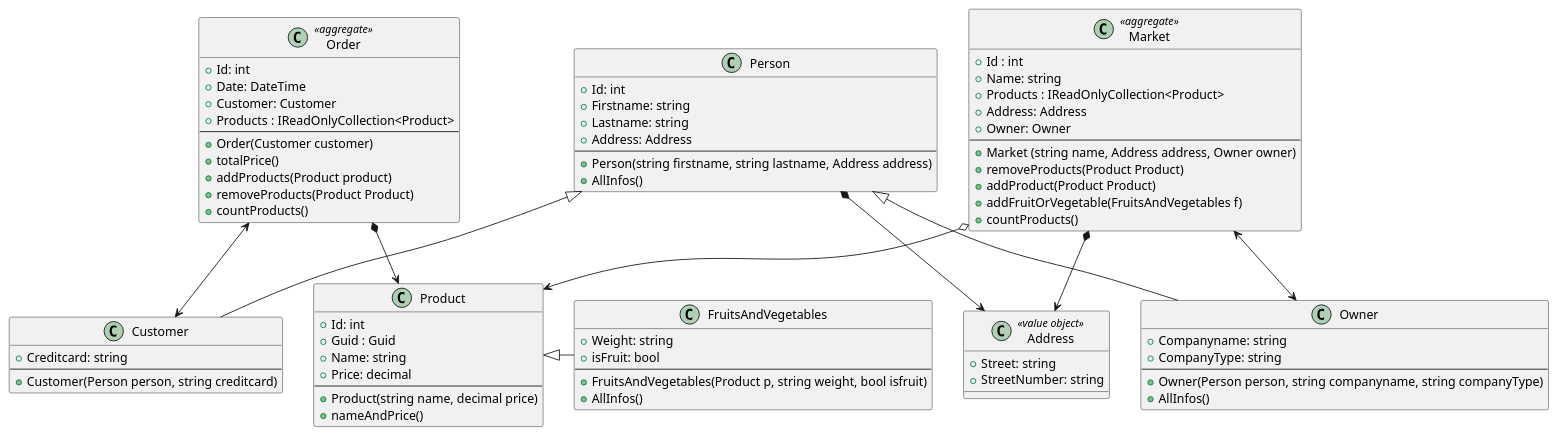
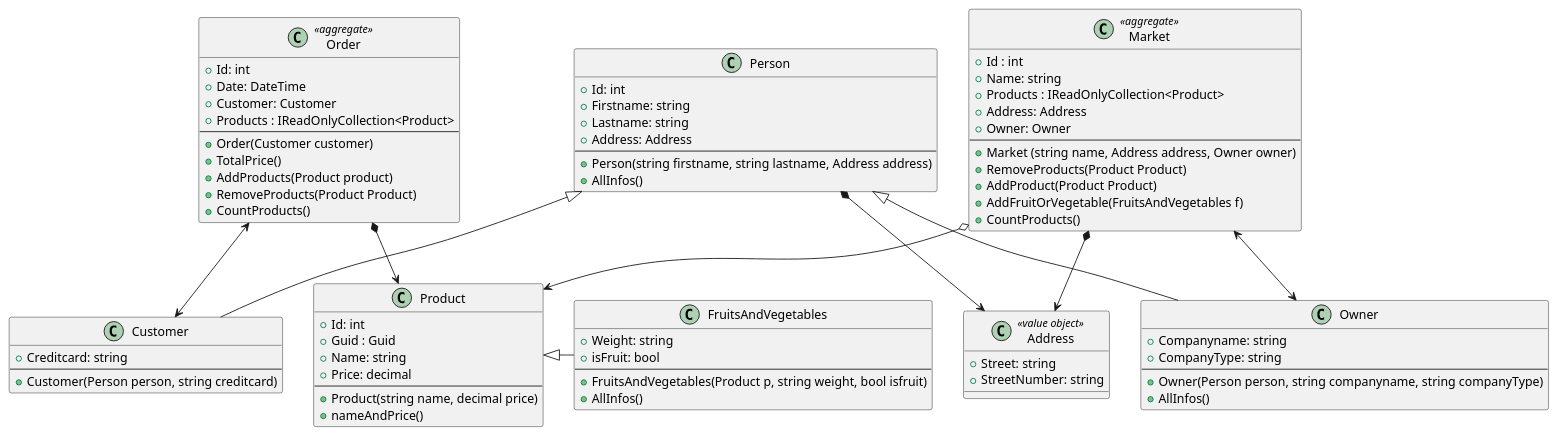
The diagram in Fruitmarket.puml (Nik22370/Fruitmarket), drawn with PlantUML before and after one commit. The commit also changed 23 other files, not shown here.

```diff
--- a/Fruitmarket.puml
+++ b/Fruitmarket.puml
@@ -1,84 +1,84 @@
 @startuml
 class Market <<aggregate>>
 {
 + Id : int 
 + Name: string
 + Products : IReadOnlyCollection<Product>
 + Address: Address
 + Owner: Owner
 ---
 + Market (string name, Address address, Owner owner)
-+ removeProducts(Product Product)
-+ addProduct(Product Product)
-+ addFruitOrVegetable(FruitsAndVegetables f)
-+ countProducts()
++ RemoveProducts(Product Product)
++ AddProduct(Product Product)
++ AddFruitOrVegetable(FruitsAndVegetables f)
++ CountProducts()
 }
 
 class Person{
     + Id: int
     + Firstname: string
     + Lastname: string
     + Address: Address
     ---
     + Person(string firstname, string lastname, Address address)
     + AllInfos()
 }
 
 class Customer{
     + Creditcard: string
     ---
     + Customer(Person person, string creditcard)
 }
 class Owner{
     + Companyname: string
     + CompanyType: string
     ---
     + Owner(Person person, string companyname, string companyType)
     + AllInfos()
 }
 class Address <<value object>>{
     + Street: string
     + StreetNumber: string
     
 }
 class Product{
     + Id: int
     + Guid : Guid
     + Name: string
     + Price: decimal
     ---
     + Product(string name, decimal price)
     + nameAndPrice()
 }
 class FruitsAndVegetables{
     + Weight: string
     + isFruit: bool
     ---
     + FruitsAndVegetables(Product p, string weight, bool isfruit)
     + AllInfos()
 }
 
 class Order <<aggregate>>{
     + Id: int
     + Date: DateTime
     + Customer: Customer
     + Products : IReadOnlyCollection<Product>
     ---
     + Order(Customer customer)
-    + totalPrice()
-    + addProducts(Product product)
-    + removeProducts(Product Product)
-    + countProducts()
+    + TotalPrice()
+    + AddProducts(Product product)
+    + RemoveProducts(Product Product)
+    + CountProducts()
 }
 
 
 Owner -up-|> Person
 FruitsAndVegetables -up|> Product
 Customer -up-|> Person
 Market o--> Product
 Market <--> Owner
 Order <--> Customer
 Order *--> Product
 Person *--> Address
 Market *--> Address
 @enduml
```
